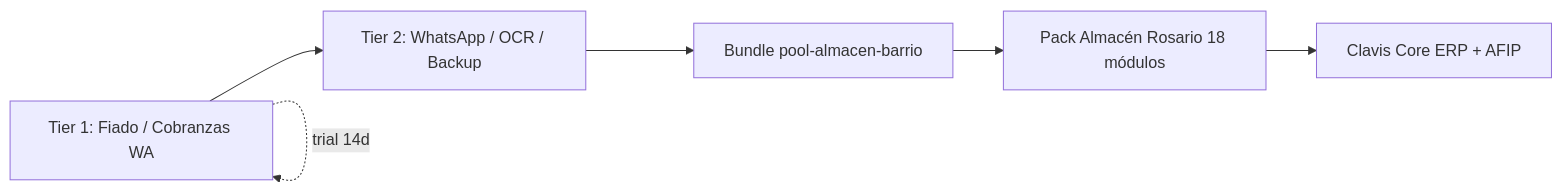
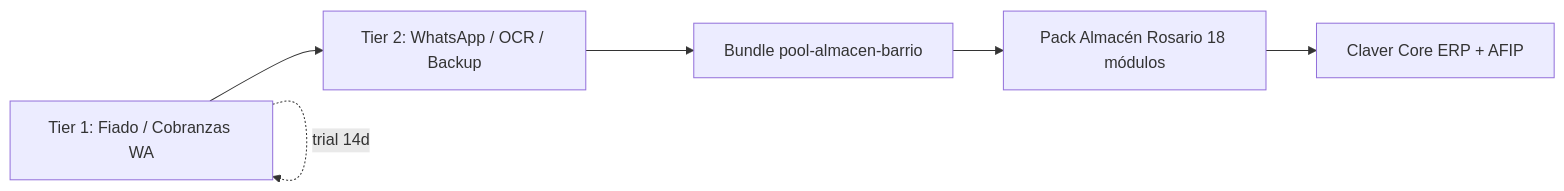
Before and after one commit to pablocla/erpia: the diagram in docs/marketplace/12-enganches-comerciales.md, drawn with Mermaid. The commit also changed 242 other files, not shown here.

````diff
--- a/docs/marketplace/12-enganches-comerciales.md
+++ b/docs/marketplace/12-enganches-comerciales.md
@@ -52,8 +52,8 @@
 ```mermaid
 flowchart LR
   E1[Tier 1: Fiado / Cobranzas WA] --> E2[Tier 2: WhatsApp / OCR / Backup]
   E2 --> E3[Bundle pool-almacen-barrio]
   E3 --> E4[Pack Almacén Rosario 18 módulos]
-  E4 --> E5[Clavis Core ERP + AFIP]
+  E4 --> E5[Claver Core ERP + AFIP]
   E1 -.->|trial 14d| E1
 ```
````
